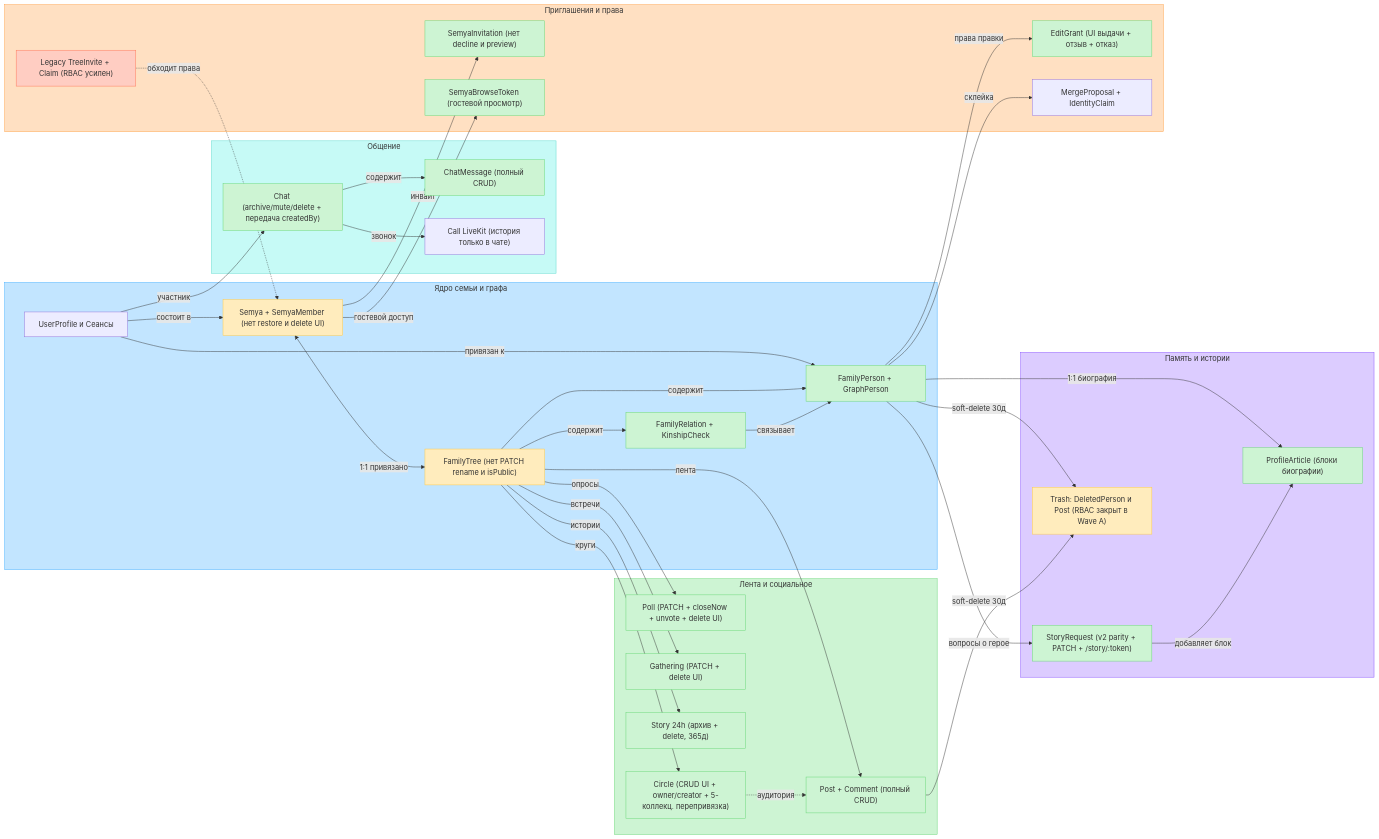
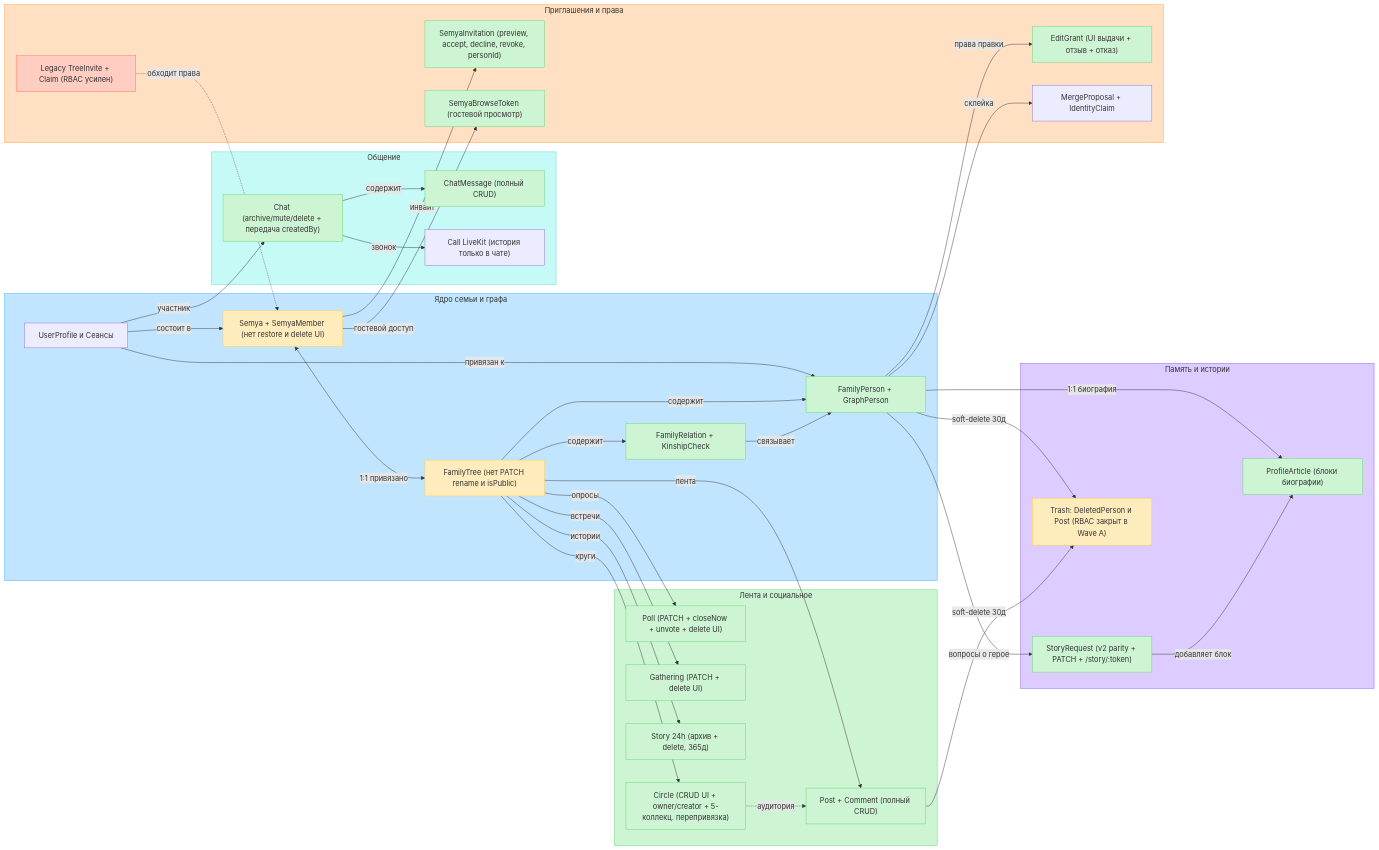
The first of 2 diagrams in docs/rodnya-app-map.md (Fodders-Dev/rodnya-tree-app), drawn with Mermaid before and after one commit. The commit also changed other lines of this file and 59 other files, not shown here.

````diff
--- a/docs/rodnya-app-map.md
+++ b/docs/rodnya-app-map.md
@@ -17,81 +17,81 @@
 ```mermaid
 flowchart LR
     subgraph sgCore ["Ядро семьи и графа"]
         userProfile["UserProfile и Сеансы"]
         semyaEntity["Semya + SemyaMember (нет restore и delete UI)"]
         familyTree["FamilyTree (нет PATCH rename и isPublic)"]
         familyPerson["FamilyPerson + GraphPerson"]
         familyRelation["FamilyRelation + KinshipCheck"]
     end
 
     subgraph sgMemory ["Память и истории"]
         profileArticle["ProfileArticle (блоки биографии)"]
         storyRequest["StoryRequest (v2 parity + PATCH + /story/:token)"]
         trashEntity["Trash: DeletedPerson и Post (RBAC закрыт в Wave A)"]
     end
 
     subgraph sgFeedEntities ["Лента и социальное"]
         postEntity["Post + Comment (полный CRUD)"]
         pollEntity["Poll (PATCH + closeNow + unvote + delete UI)"]
         gatheringEntity["Gathering (PATCH + delete UI)"]
         story24h["Story 24h (архив + delete, 365д)"]
         circleEntity["Circle (CRUD UI + owner/creator + 5-коллекц. перепривязка)"]
     end
 
     subgraph sgCommEntities ["Общение"]
         chatEntity["Chat (archive/mute/delete + передача createdBy)"]
         chatMessage["ChatMessage (полный CRUD)"]
         callEntity["Call LiveKit (история только в чате)"]
     end
 
     subgraph sgAccess ["Приглашения и права"]
-        semyaInvite["SemyaInvitation (нет decline и preview)"]
+        semyaInvite["SemyaInvitation (preview, accept, decline, revoke, personId)"]
         browseToken["SemyaBrowseToken (гостевой просмотр)"]
         editGrant["EditGrant (UI выдачи + отзыв + отказ)"]
         legacyInvite["Legacy TreeInvite + Claim (RBAC усилен)"]
         mergeIdentity["MergeProposal + IdentityClaim"]
     end
 
     userProfile -->|"состоит в"| semyaEntity
     userProfile -->|"привязан к"| familyPerson
     semyaEntity <-->|"1:1 привязано"| familyTree
     familyTree -->|"содержит"| familyPerson
     familyTree -->|"содержит"| familyRelation
     familyRelation -->|"связывает"| familyPerson
     familyPerson -->|"1:1 биография"| profileArticle
     familyPerson -->|"вопросы о герое"| storyRequest
     storyRequest -->|"добавляет блок"| profileArticle
     familyPerson -->|"soft-delete 30д"| trashEntity
 
     familyTree -->|"лента"| postEntity
     familyTree -->|"опросы"| pollEntity
     familyTree -->|"встречи"| gatheringEntity
     familyTree -->|"истории"| story24h
     familyTree -->|"круги"| circleEntity
     circleEntity -.->|"аудитория"| postEntity
     postEntity -->|"soft-delete 30д"| trashEntity
 
     userProfile -->|"участник"| chatEntity
     chatEntity -->|"содержит"| chatMessage
     chatEntity -->|"звонок"| callEntity
 
     semyaEntity -->|"инвайт"| semyaInvite
     semyaEntity -->|"гостевой доступ"| browseToken
     familyPerson -->|"права правки"| editGrant
     familyPerson -->|"склейка"| mergeIdentity
     legacyInvite -.->|"обходит права"| semyaEntity
 
     classDef ok fill:#CDF4D3,stroke:#66D575
     classDef warn fill:#FFECBD,stroke:#FFC943
     classDef crit fill:#FFCDC2,stroke:#FF7556
 
     class familyPerson,familyRelation,profileArticle,storyRequest,postEntity,pollEntity,gatheringEntity,story24h,circleEntity,chatEntity,chatMessage,editGrant,semyaInvite,browseToken ok
     class semyaEntity,familyTree,trashEntity warn
     class legacyInvite crit
 
     style sgCore fill:#C2E5FF,stroke:#3DADFF
     style sgMemory fill:#DCCCFF,stroke:#874FFF
     style sgFeedEntities fill:#CDF4D3,stroke:#66D575
     style sgCommEntities fill:#C6FAF6,stroke:#5AD8CC
     style sgAccess fill:#FFE0C2,stroke:#FF9E42
 ```
````
